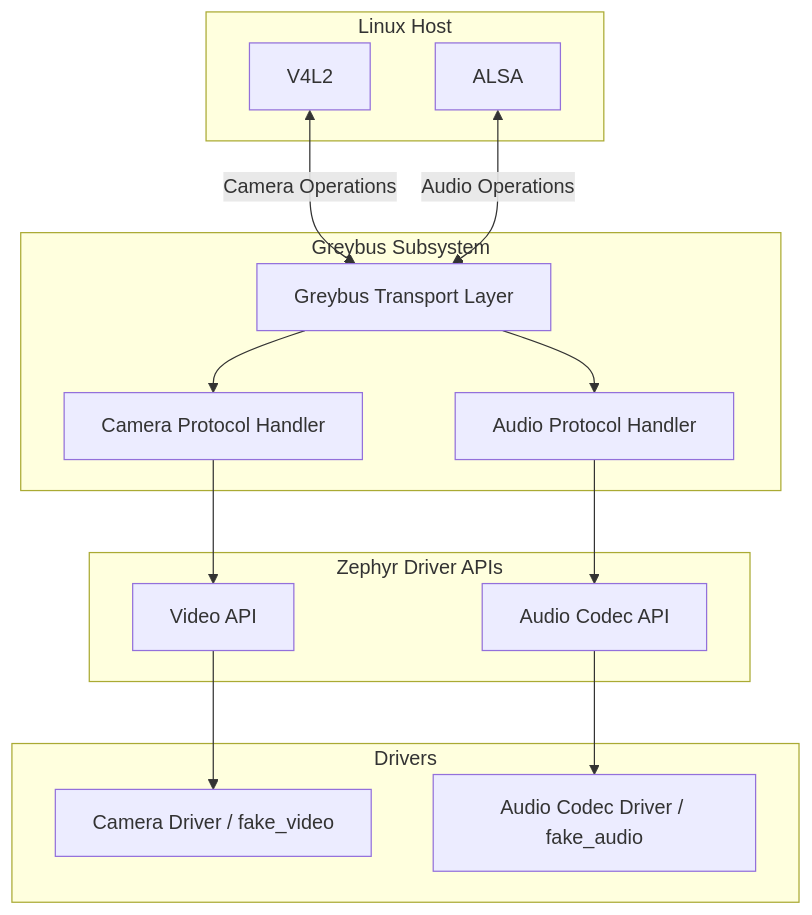
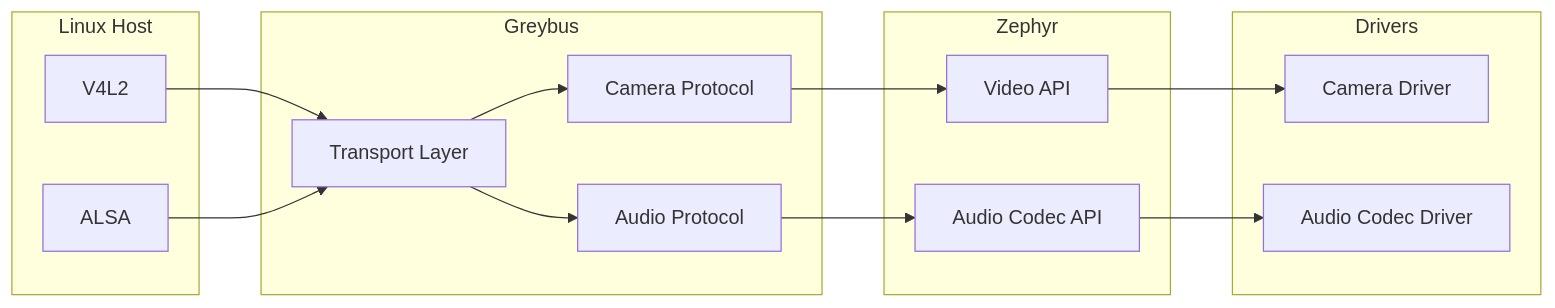
Before and after one commit to CPPavithra/GSOC_FinalWork: the diagram in README.md, drawn with Mermaid. The commit also changed other lines of this file, not shown here.

````diff
--- a/README.md
+++ b/README.md
@@ -106,52 +43,48 @@
 ```mermaid
-flowchart TD
+flowchart LR
 
 subgraph Linux["Linux Host"]
 
 A[V4L2]
 B[ALSA]
 
 end
 
-subgraph Greybus["Greybus Subsystem"]
+subgraph Greybus["Greybus"]
 
-C[Greybus Transport Layer]
+C[Transport Layer]
 
-D[Camera Protocol Handler]
+D[Camera Protocol]
 
-E[Audio Protocol Handler]
+E[Audio Protocol]
 
 end
 
-subgraph APIs["Zephyr Driver APIs"]
+subgraph Zephyr["Zephyr"]
 
 F[Video API]
 
 G[Audio Codec API]
 
 end
 
 subgraph Drivers["Drivers"]
 
-H[Camera Driver / fake_video]
+H[Camera Driver]
 
-I[Audio Codec Driver / fake_audio]
+I[Audio Codec Driver]
 
 end
 
-A <-->|Camera Operations| C
-
-B <-->|Audio Operations| C
+A --> C
+B --> C
 
 C --> D
-
 C --> E
 
 D --> F
-
 E --> G
 
 F --> H
-
 G --> I
 ```
````
